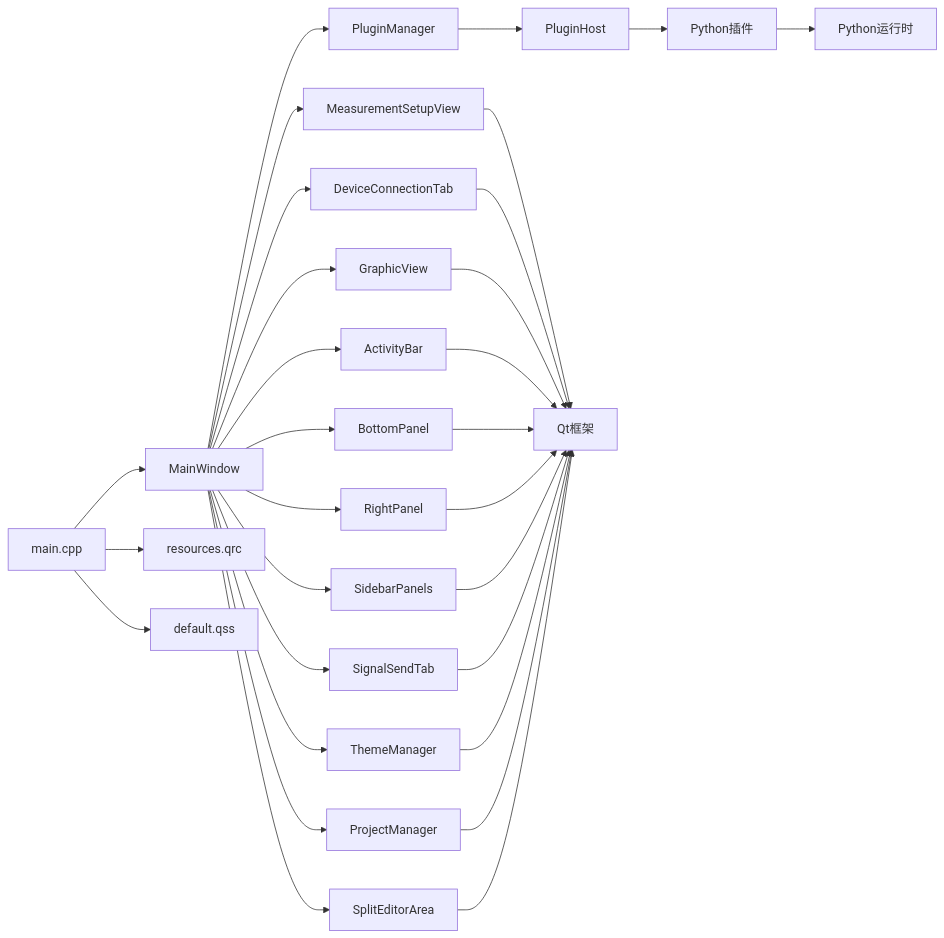
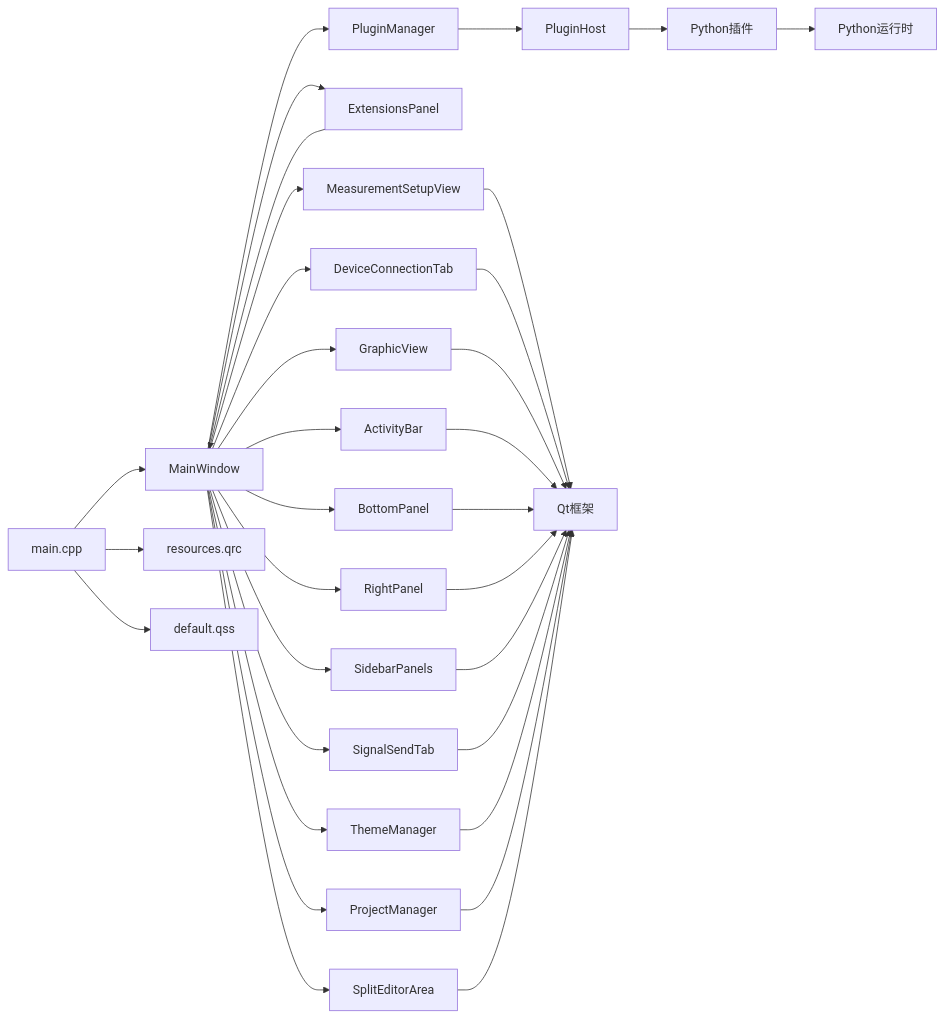
The fourth of 4 diagrams in .qoder/repowiki/zh/content/架构设计/主窗口组件架构.md (jakecai1225-design/OpenBus), drawn with Mermaid before and after one commit. The commit also changed other lines of this file and 18 other files, not shown here.

````diff
--- a/.qoder/repowiki/zh/content/架构设计/主窗口组件架构.md
+++ b/.qoder/repowiki/zh/content/架构设计/主窗口组件架构.md
@@ -671,32 +712,34 @@
 ```mermaid
 graph LR
 Main["main.cpp"] --> MW["MainWindow"]
 MW --> PM["PluginManager"]
+MW --> EP["ExtensionsPanel"]
 PM --> PH["PluginHost"]
 PH --> PY["Python插件"]
 MW --> MSV["MeasurementSetupView"]
 MW --> DCT["DeviceConnectionTab"]
 MW --> GV["GraphicView"]
 MW --> AB["ActivityBar"]
 MW --> BP["BottomPanel"]
 MW --> RP["RightPanel"]
 MW --> SP["SidebarPanels"]
 MW --> TAB["SignalSendTab"]
 MW --> TM["ThemeManager"]
 MW --> PRM["ProjectManager"]
 MW --> SEA["SplitEditorArea"]
 MSV --> Qt["Qt框架"]
 DCT --> Qt
 GV --> Qt
 AB --> Qt
 BP --> Qt
 RP --> Qt
 SP --> Qt
 TAB --> Qt
 TM --> Qt
 PRM --> Qt
 SEA --> Qt
 PY --> Py["Python运行时"]
 Main --> Res["resources.qrc"]
 Main --> QSS["default.qss"]
+EP --> MW
 ```
````
